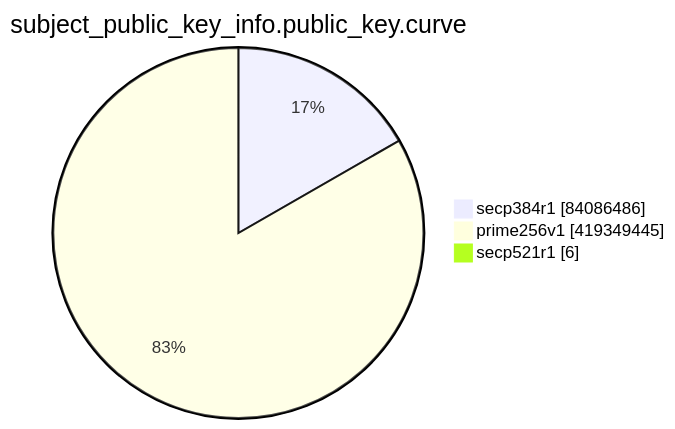
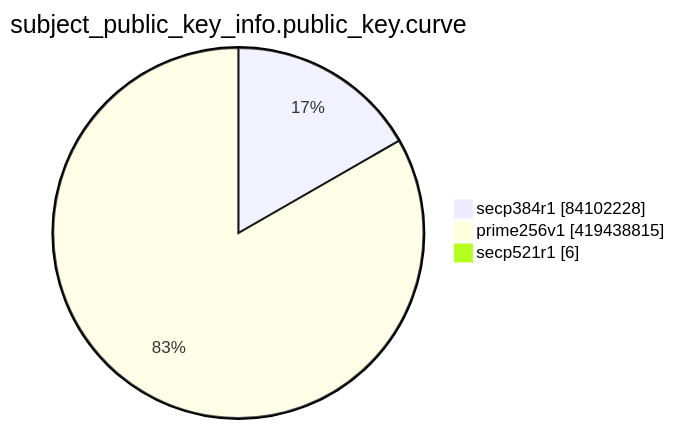
The eighth of 15 diagrams in TOTAL/README.md (christiankrug/ctmonitor_visualization), drawn with Mermaid before and after one commit. The commit also changed other lines of this file, not shown here.

````diff
--- a/TOTAL/README.md
+++ b/TOTAL/README.md
@@ -3099,7 +3099,7 @@
 ```mermaid
 pie showData
 title subject_public_key_info.public_key.curve
-"secp384r1" :84086486
-"prime256v1" :419349445
+"secp384r1" :84102228
+"prime256v1" :419438815
 "secp521r1" :6
 ```
````
